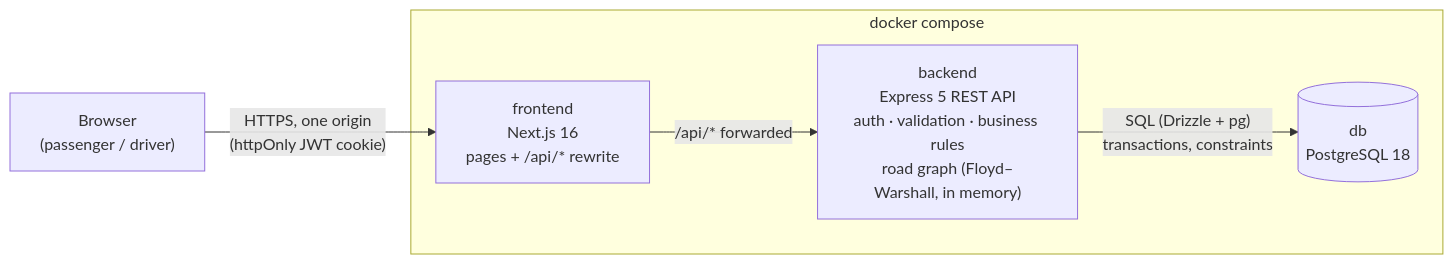
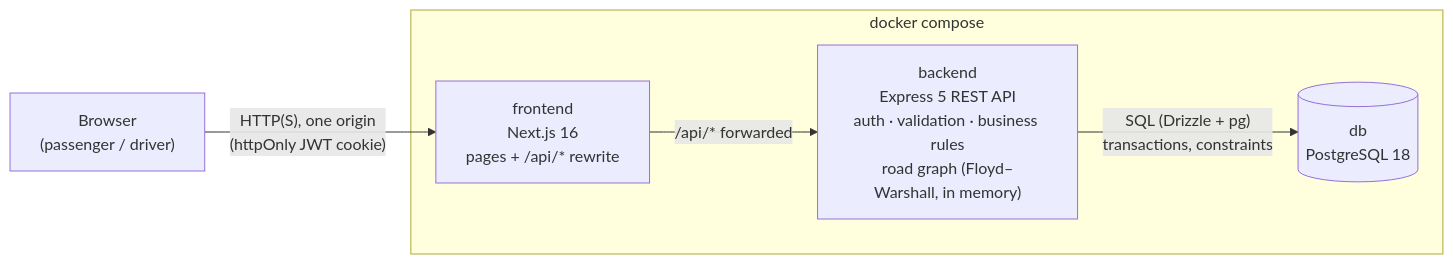
Before and after one commit to Apn7/dhaka-tesla-pool: the first of 2 diagrams in README.md, drawn with Mermaid. The commit also changed other lines of this file, not shown here.

````diff
--- a/README.md
+++ b/README.md
@@ -149,12 +149,12 @@
 ```mermaid
 flowchart LR
   B["Browser<br/>(passenger / driver)"]
   subgraph compose["docker compose"]
     F["frontend<br/>Next.js 16<br/>pages + /api/* rewrite"]
     A["backend<br/>Express 5 REST API<br/>auth · validation · business rules<br/>road graph (Floyd–Warshall, in memory)"]
     D[("db<br/>PostgreSQL 18")]
   end
-  B -- "HTTPS, one origin<br/>(httpOnly JWT cookie)" --> F
+  B -- "HTTP(S), one origin<br/>(httpOnly JWT cookie)" --> F
   F -- "/api/* forwarded" --> A
   A -- "SQL (Drizzle + pg)<br/>transactions, constraints" --> D
 ```
````
